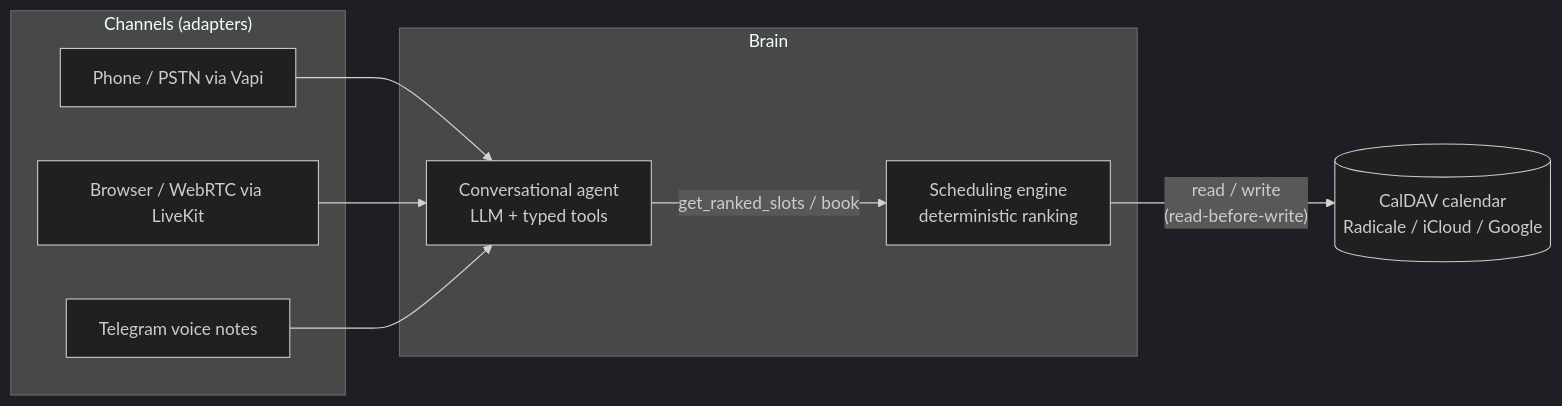
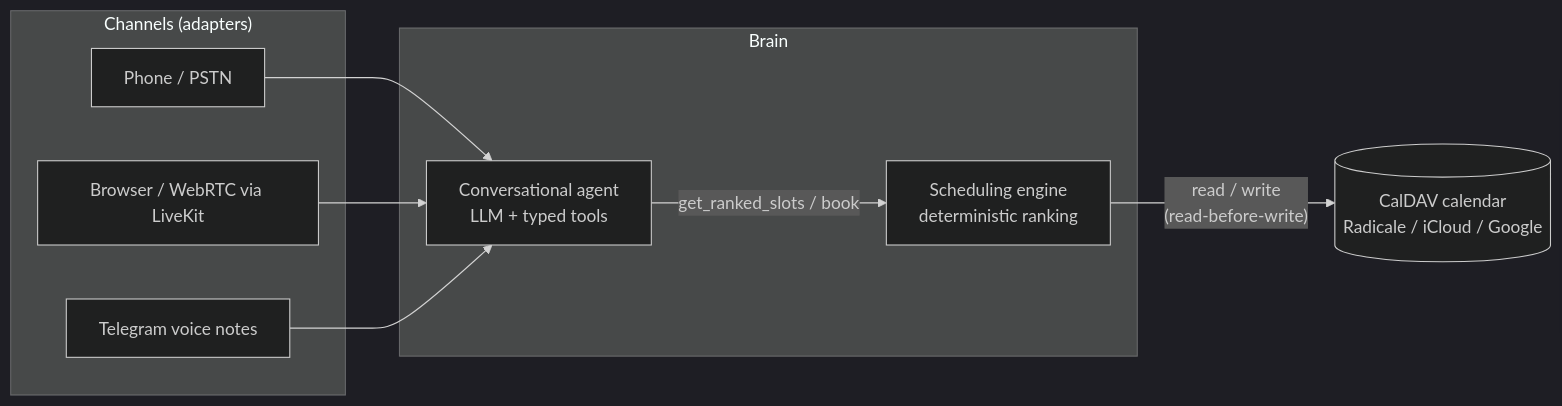
The diagram in docs/architecture.md (abiotov/polyglot-booking-agent), drawn with Mermaid (dark theme) before and after one commit. The commit also changed other lines of this file and 1 other file, not shown here.

Commit message:
docs: drop Vapi; PSTN phase targets a Twilio SIP trunk

````diff
--- a/docs/architecture.md
+++ b/docs/architecture.md
@@ -8,21 +8,21 @@
 ```mermaid
 flowchart LR
     subgraph Channels ["Channels (adapters)"]
-        P[Phone / PSTN via Vapi]
+        P[Phone / PSTN]
         W[Browser / WebRTC via LiveKit]
         T[Telegram voice notes]
     end
 
     subgraph Brain
         A["Conversational agent<br/>LLM + typed tools"]
         E["Scheduling engine<br/>deterministic ranking"]
     end
 
     C[("CalDAV calendar<br/>Radicale / iCloud / Google")]
 
     P --> A
     W --> A
     T --> A
     A -->|"get_ranked_slots / book"| E
     E -->|"read / write<br/>(read-before-write)"| C
 ```
````
